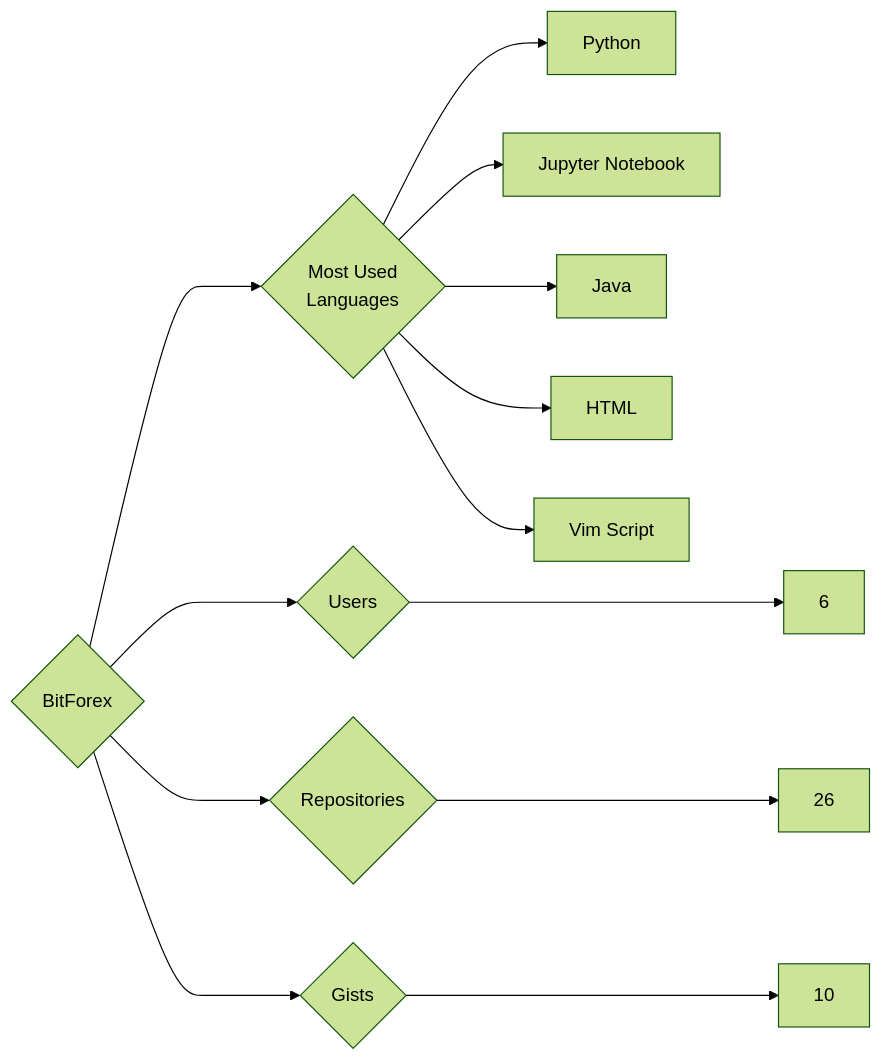
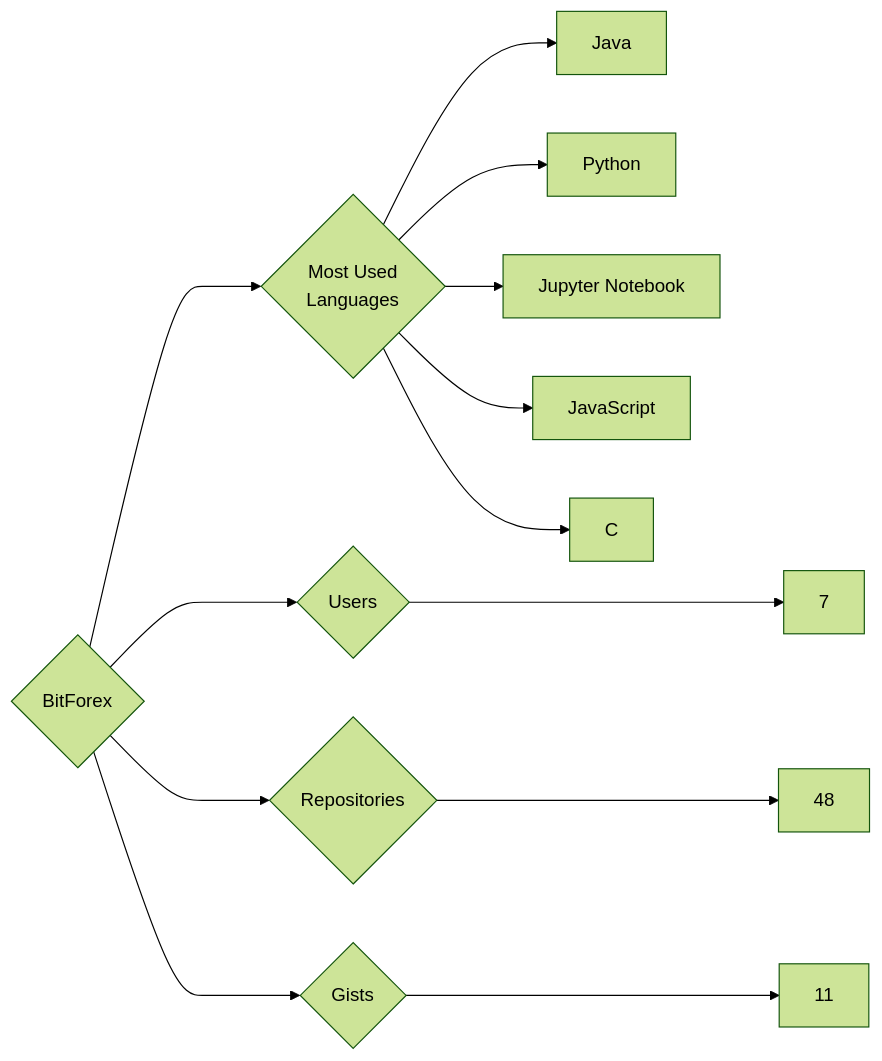
The diagram in targets/BitForex/README.md (trickest/insiders), drawn with Mermaid (forest theme) before and after one commit. The commit also changed 988 other files, not shown here.

````diff
--- a/targets/BitForex/README.md
+++ b/targets/BitForex/README.md
@@ -3,13 +3,13 @@
 ```mermaid
 graph LR
 COMPANY_NAME{BitForex}
-COMPANY_NAME ---> U{Users} ---> UN[6]
-COMPANY_NAME ---> R{Repositories} ---> RN[26]
-COMPANY_NAME ---> G{Gists} ---> GN[10]
+COMPANY_NAME ---> U{Users} ---> UN[7]
+COMPANY_NAME ---> R{Repositories} ---> RN[48]
+COMPANY_NAME ---> G{Gists} ---> GN[11]
 COMPANY_NAME ---> ML{Most Used<br>Languages}
+ML --> Java[Java]
 ML --> Python[Python]
 ML --> Jupyter_Notebook[Jupyter Notebook]
-ML --> Java[Java]
-ML --> HTML[HTML]
-ML --> Vim_Script[Vim Script]
+ML --> JavaScript[JavaScript]
+ML --> C[C]
 ```
````
